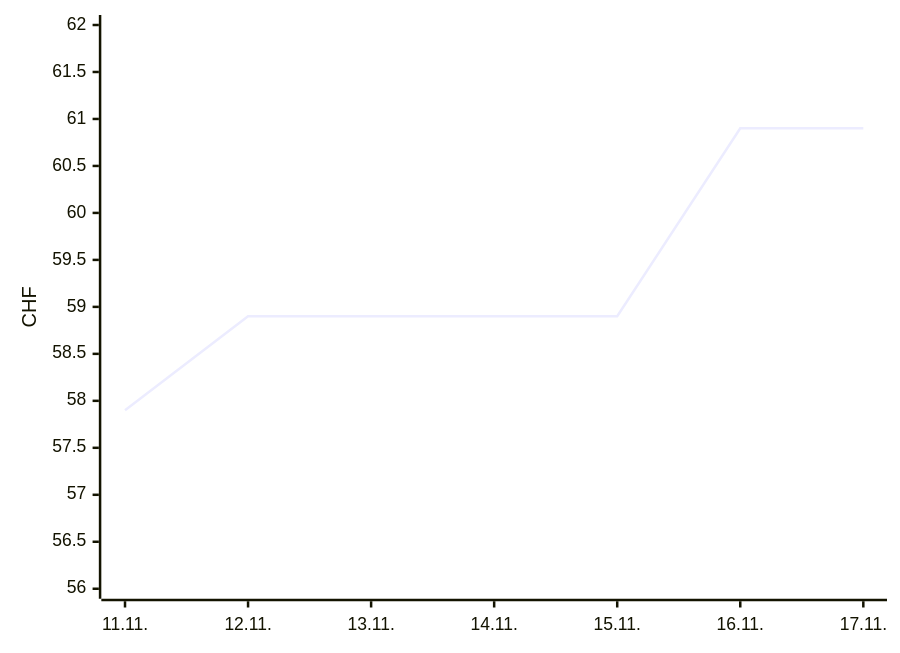
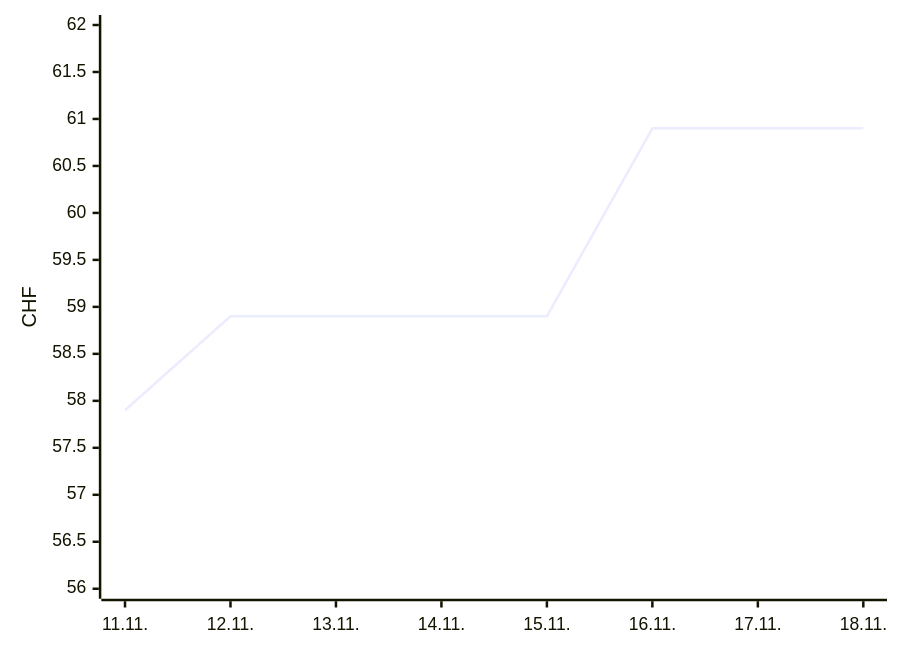
The second of 2 diagrams in README.md (Akira2828/my-Galaxus-MCP), drawn with Mermaid before and after one commit. The commit also changed other lines of this file and 1 other file, not shown here.

````diff
--- a/README.md
+++ b/README.md
@@ -25,6 +25,6 @@
 ```mermaid
 xychart-beta
-  x-axis ["11.11.", "12.11.", "13.11.", "14.11.", "15.11.", "16.11.", "17.11."]
+  x-axis ["11.11.", "12.11.", "13.11.", "14.11.", "15.11.", "16.11.", "17.11.", "18.11."]
   y-axis "CHF" 56 --> 62
-  line [57.9, 58.9, 58.9, 58.9, 58.9, 60.9, 60.9]
+  line [57.9, 58.9, 58.9, 58.9, 58.9, 60.9, 60.9, 60.9]
 ```
````
